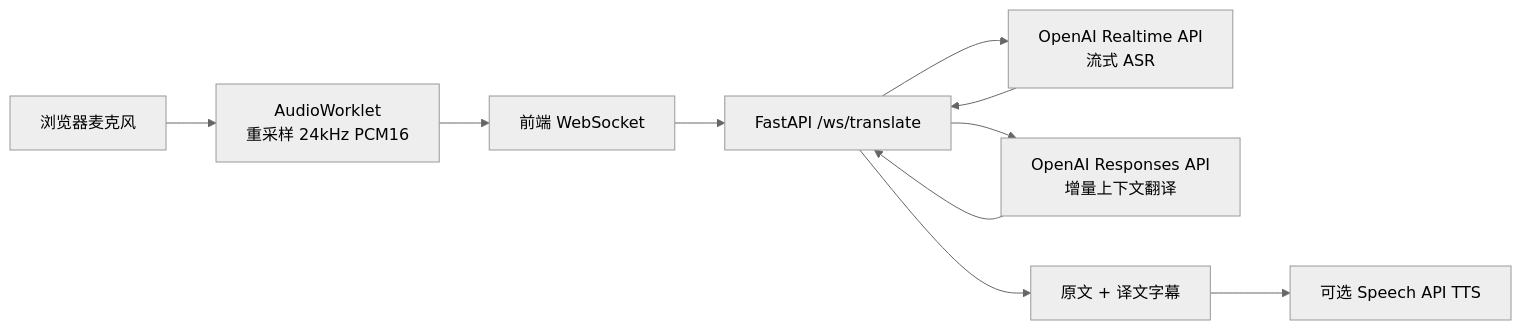
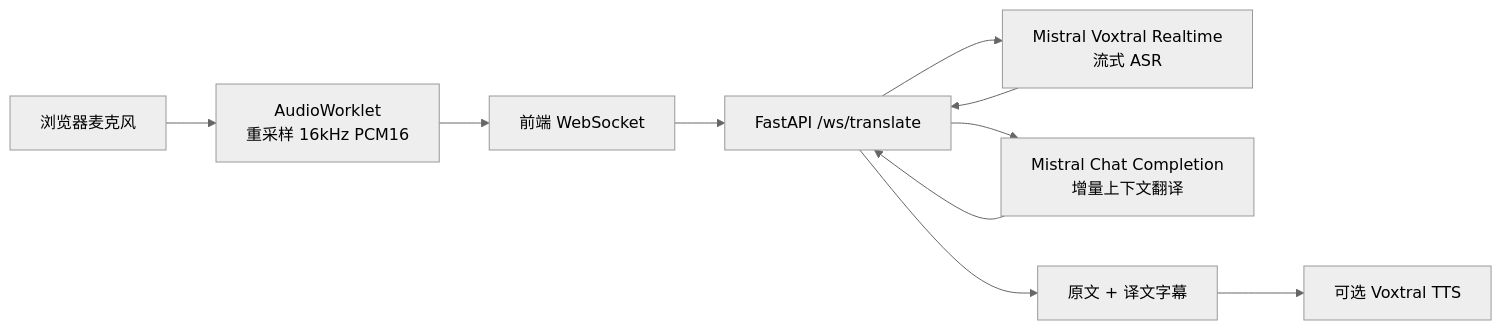
One commit to atoht/vox_bridge changed the diagram in README.md. Above: the diagram before and after it, drawn with Mermaid (neutral theme). The commit also changed other lines of this file and 9 other files, not shown here.

Commit message:
Switch realtime transcription to Voxtral

````diff
--- a/README.md
+++ b/README.md
@@ -42,12 +42,12 @@
 ```mermaid
 flowchart LR
-  Mic["浏览器麦克风"] --> Worklet["AudioWorklet\n重采样 24kHz PCM16"]
+  Mic["浏览器麦克风"] --> Worklet["AudioWorklet\n重采样 16kHz PCM16"]
   Worklet --> WS["前端 WebSocket"]
   WS --> FastAPI["FastAPI /ws/translate"]
-  FastAPI --> Realtime["OpenAI Realtime API\n流式 ASR"]
+  FastAPI --> Realtime["Mistral Voxtral Realtime\n流式 ASR"]
   Realtime --> FastAPI
-  FastAPI --> Responses["OpenAI Responses API\n增量上下文翻译"]
+  FastAPI --> Responses["Mistral Chat Completion\n增量上下文翻译"]
   Responses --> FastAPI
   FastAPI --> UI["原文 + 译文字幕"]
-  UI --> TTS["可选 Speech API TTS"]
+  UI --> TTS["可选 Voxtral TTS"]
 ```
````
